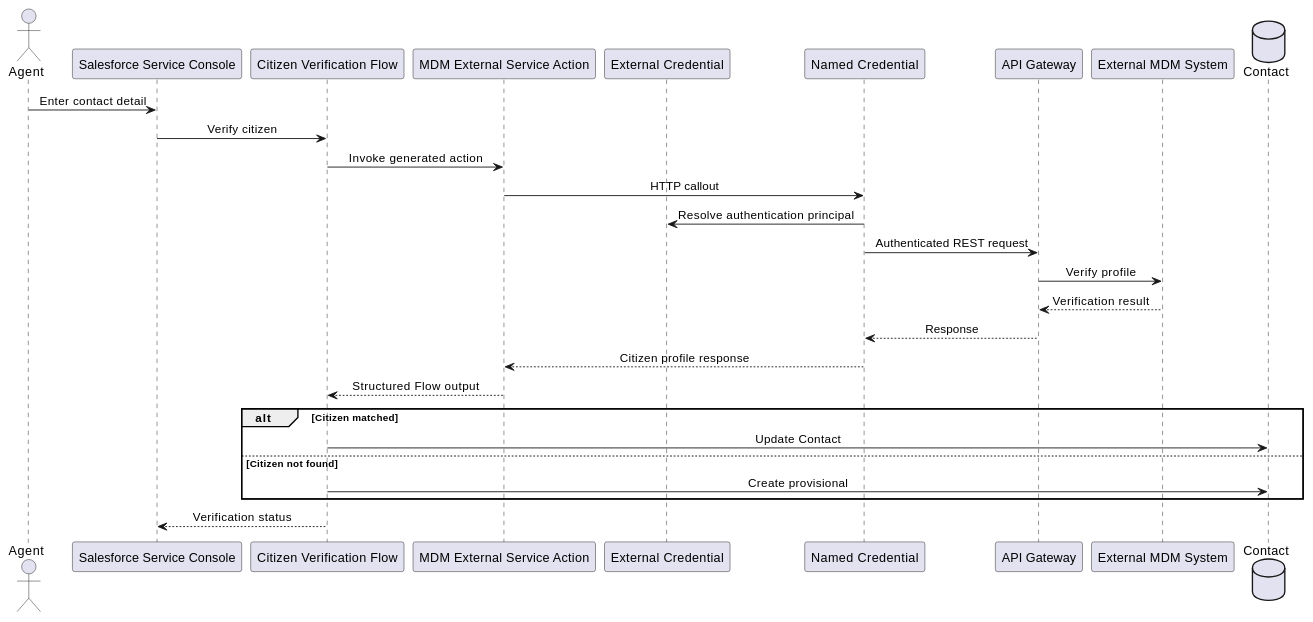
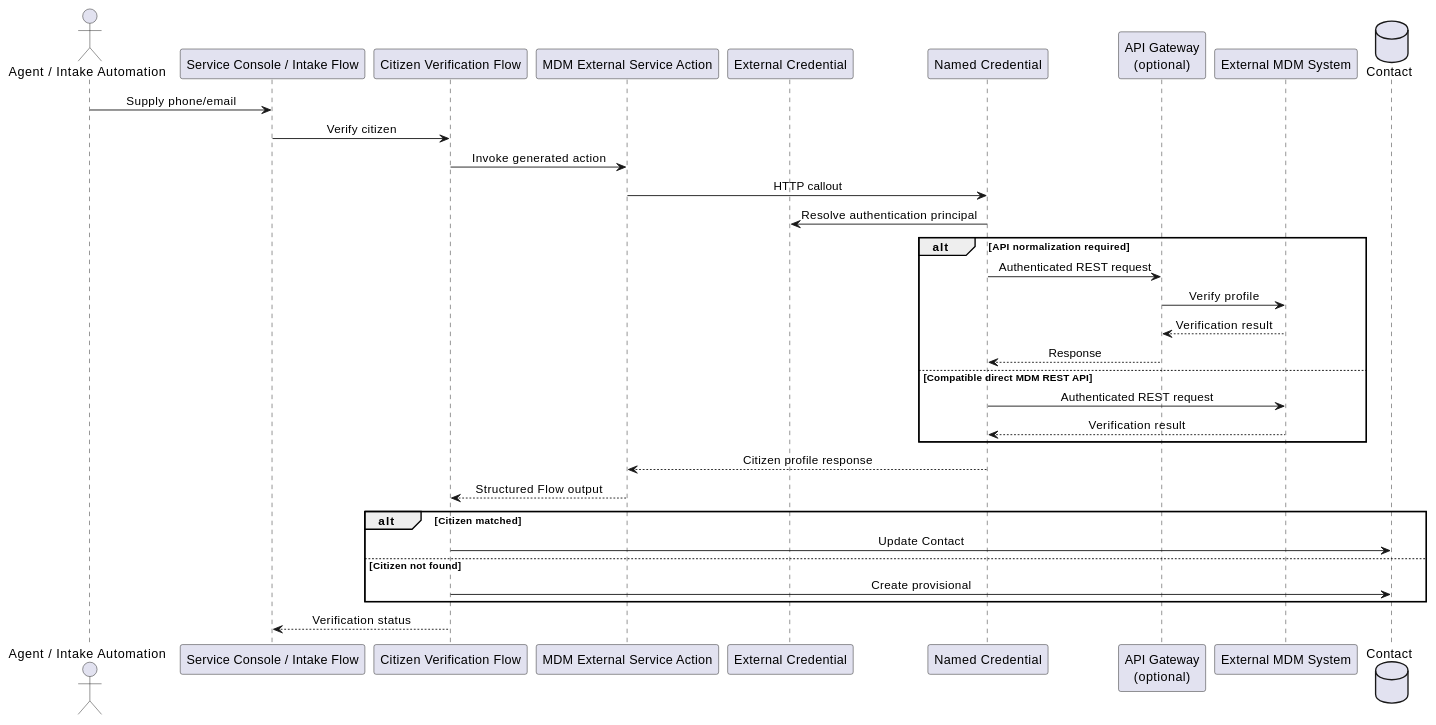
Before and after one commit to jimmytobing/virtusa: diagram 19 of 26 in doc/SADD Task 2.md, drawn with PlantUML. The commit also changed other lines of this file and 9 other files, not shown here.

````diff
--- a/doc/SADD Task 2.md
+++ b/doc/SADD Task 2.md
@@ -1238,35 +1281,40 @@
 ```plantuml
 @startuml
 skinparam sequenceMessageAlign center
-actor Agent
-participant "Salesforce Service Console" as Console
+actor "Agent / Intake Automation" as Initiator
+participant "Service Console / Intake Flow" as Entry
 participant "Citizen Verification Flow" as VerificationFlow
 participant "MDM External Service Action" as ExternalService
 participant "External Credential" as EC
 participant "Named Credential" as NC
-participant "API Gateway" as Gateway
+participant "API Gateway\n(optional)" as Gateway
 participant "External MDM System" as MDM
 database "Contact" as Contact
 
-Agent -> Console : Enter contact detail
-Console -> VerificationFlow : Verify citizen
+Initiator -> Entry : Supply phone/email
+Entry -> VerificationFlow : Verify citizen
 VerificationFlow -> ExternalService : Invoke generated action
 ExternalService -> NC : HTTP callout
 NC -> EC : Resolve authentication principal
-NC -> Gateway : Authenticated REST request
-Gateway -> MDM : Verify profile
-MDM --> Gateway : Verification result
-Gateway --> NC : Response
+alt API normalization required
+  NC -> Gateway : Authenticated REST request
+  Gateway -> MDM : Verify profile
+  MDM --> Gateway : Verification result
+  Gateway --> NC : Response
+else Compatible direct MDM REST API
+  NC -> MDM : Authenticated REST request
+  MDM --> NC : Verification result
+end
 NC --> ExternalService : Citizen profile response
 ExternalService --> VerificationFlow : Structured Flow output
 
 alt Citizen matched
   VerificationFlow -> Contact : Update Contact
 else Citizen not found
   VerificationFlow -> Contact : Create provisional
 end
 
-VerificationFlow --> Console : Verification status
+VerificationFlow --> Entry : Verification status
 
 @enduml
 ```
````
